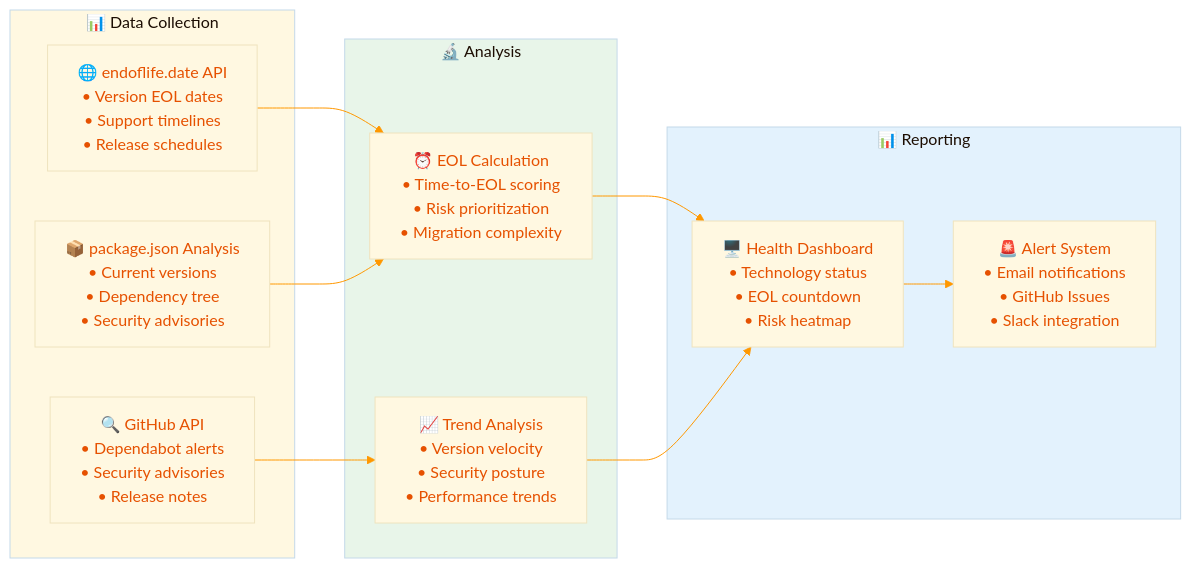
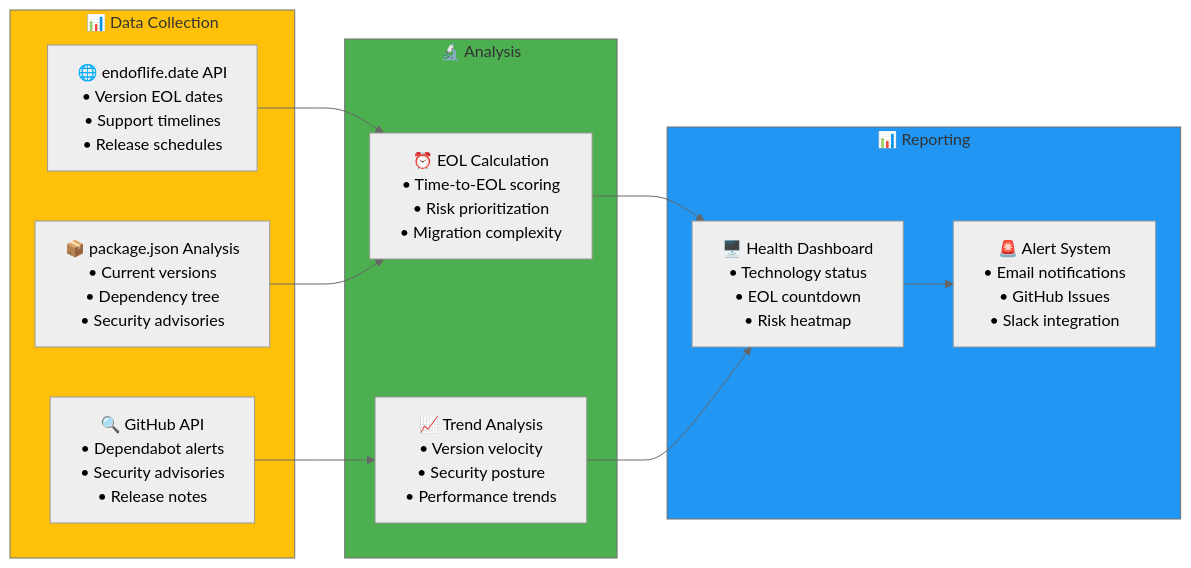
Before and after one commit to step-security-bot/cia-compliance-manager: the eighth of 9 diagrams in docs/End-of-Life-Strategy.md, drawn with Mermaid. The commit also changed other lines of this file and 27 other files, not shown here.

First line of the commit message:
fix: resolve broken mermaid diagrams and improve color coding to match ISMS style guide (#1106)

````diff
--- a/docs/End-of-Life-Strategy.md
+++ b/docs/End-of-Life-Strategy.md
@@ -723,41 +666,30 @@
 ```mermaid
-%%{
-  init: {
-    'theme': 'base',
-    'themeVariables': {
-      'primaryColor': '#fff8e1',
-      'primaryTextColor': '#e65100',
-      'lineColor': '#ff9800',
-      'secondaryColor': '#e8f5e9',
-      'tertiaryColor': '#e3f2fd'
-    }
-  }
-}%%
+%%{init: {"theme": "neutral"}}%%
 flowchart LR
     subgraph COLLECTION["📊 Data Collection"]
         EOL_API["🌐 endoflife.date API<br/>• Version EOL dates<br/>• Support timelines<br/>• Release schedules"]
         PACKAGE_JSON["📦 package.json Analysis<br/>• Current versions<br/>• Dependency tree<br/>• Security advisories"]
         GITHUB_API["🔍 GitHub API<br/>• Dependabot alerts<br/>• Security advisories<br/>• Release notes"]
     end
 
     subgraph ANALYSIS["🔬 Analysis"]
         EOL_CALC["⏰ EOL Calculation<br/>• Time-to-EOL scoring<br/>• Risk prioritization<br/>• Migration complexity"]
         TREND_ANALYSIS["📈 Trend Analysis<br/>• Version velocity<br/>• Security posture<br/>• Performance trends"]
     end
 
     subgraph REPORTING["📊 Reporting"]
         DASHBOARD["🖥️ Health Dashboard<br/>• Technology status<br/>• EOL countdown<br/>• Risk heatmap"]
         ALERTS["🚨 Alert System<br/>• Email notifications<br/>• GitHub Issues<br/>• Slack integration"]
     end
 
     EOL_API --> EOL_CALC
     PACKAGE_JSON --> EOL_CALC
     GITHUB_API --> TREND_ANALYSIS
     EOL_CALC --> DASHBOARD
     TREND_ANALYSIS --> DASHBOARD
     DASHBOARD --> ALERTS
 
-    style COLLECTION fill:#fff8e1
-    style ANALYSIS fill:#e8f5e9
-    style REPORTING fill:#e3f2fd
+    style COLLECTION fill:#FFC107
+    style ANALYSIS fill:#4CAF50
+    style REPORTING fill:#2196F3
 ```
````
